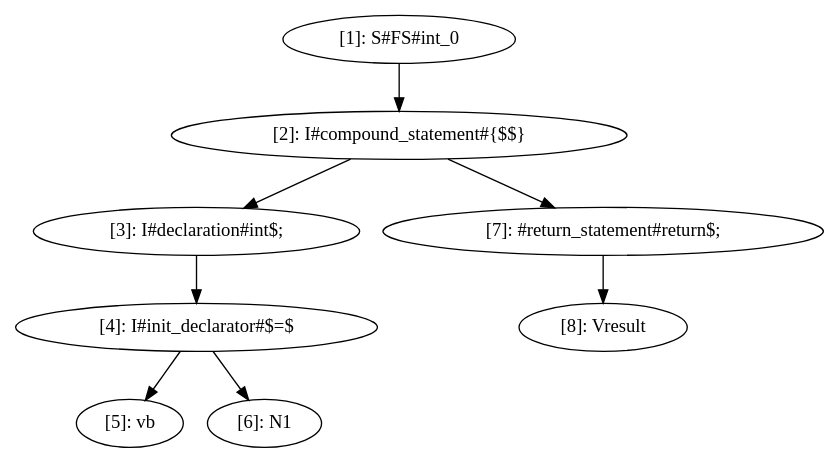
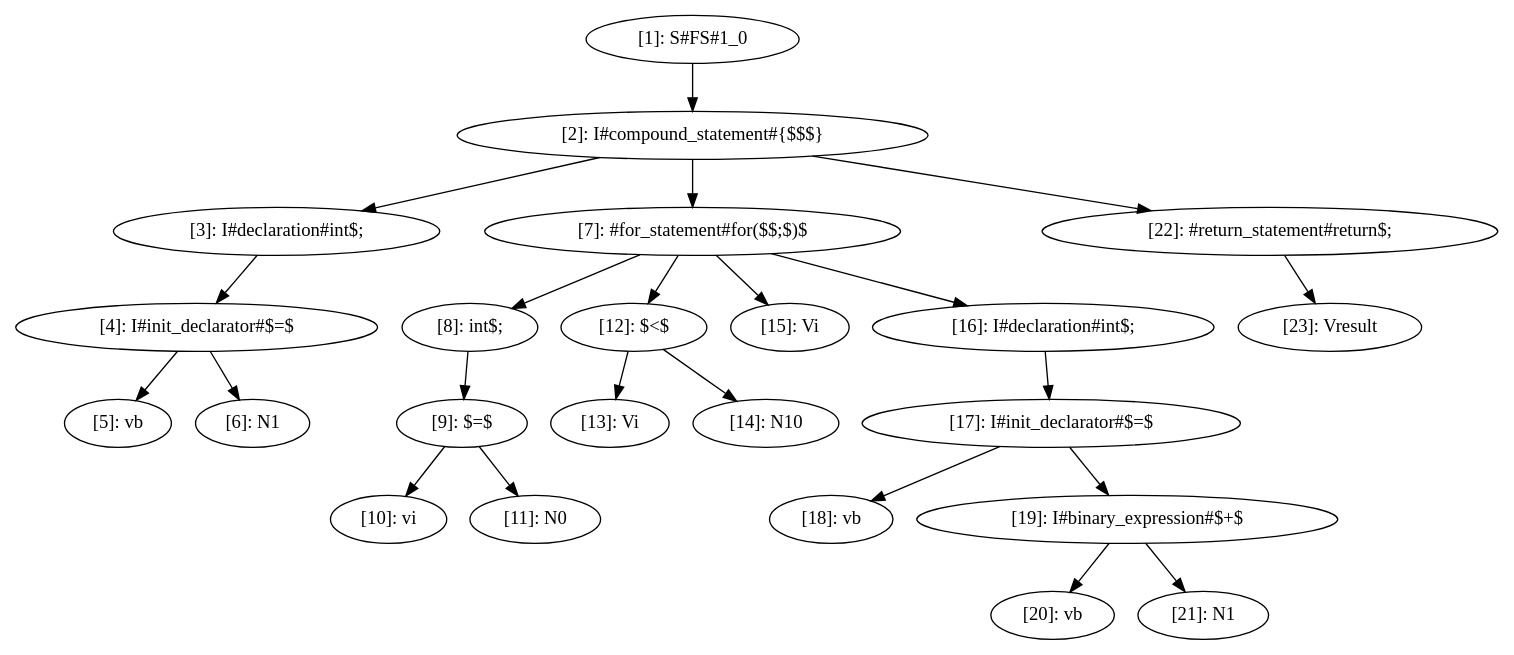
The diagram in cass.dot (deryaerman/DIA-System-DS-Plagiarism-Checker-GIT), drawn with Graphviz before and after one commit. The commit also changed 11 other files, not shown here.

```diff
--- a/cass.dot
+++ b/cass.dot
@@ -1,18 +1,48 @@
 digraph CASS {
   node [shape=ellipse];
-  n1 [label="[1]: S#FS#int_0"];
-  n2 [label="[2]: I#compound_statement#{$$}"];
+  n1 [label="[1]: S#FS#1_0"];
+  n2 [label="[2]: I#compound_statement#{$$$}"];
   n3 [label="[3]: I#declaration#int$;"];
   n4 [label="[4]: I#init_declarator#$=$"];
   n5 [label="[5]: vb"];
   n6 [label="[6]: N1"];
-  n7 [label="[7]: #return_statement#return$;"];
-  n8 [label="[8]: Vresult"];
+  n7 [label="[7]: #for_statement#for($$;$)$"];
+  n8 [label="[8]: int$;"];
+  n9 [label="[9]: $=$"];
+  n10 [label="[10]: vi"];
+  n11 [label="[11]: N0"];
+  n12 [label="[12]: $<$"];
+  n13 [label="[13]: Vi"];
+  n14 [label="[14]: N10"];
+  n15 [label="[15]: Vi"];
+  n16 [label="[16]: I#declaration#int$;"];
+  n17 [label="[17]: I#init_declarator#$=$"];
+  n18 [label="[18]: vb"];
+  n19 [label="[19]: I#binary_expression#$+$"];
+  n20 [label="[20]: vb"];
+  n21 [label="[21]: N1"];
+  n22 [label="[22]: #return_statement#return$;"];
+  n23 [label="[23]: Vresult"];
   n1 -> n2;
   n2 -> n3;
   n3 -> n4;
   n4 -> n5;
   n4 -> n6;
   n2 -> n7;
   n7 -> n8;
+  n8 -> n9;
+  n9 -> n10;
+  n9 -> n11;
+  n7 -> n12;
+  n12 -> n13;
+  n12 -> n14;
+  n7 -> n15;
+  n7 -> n16;
+  n16 -> n17;
+  n17 -> n18;
+  n17 -> n19;
+  n19 -> n20;
+  n19 -> n21;
+  n2 -> n22;
+  n22 -> n23;
 }
```
